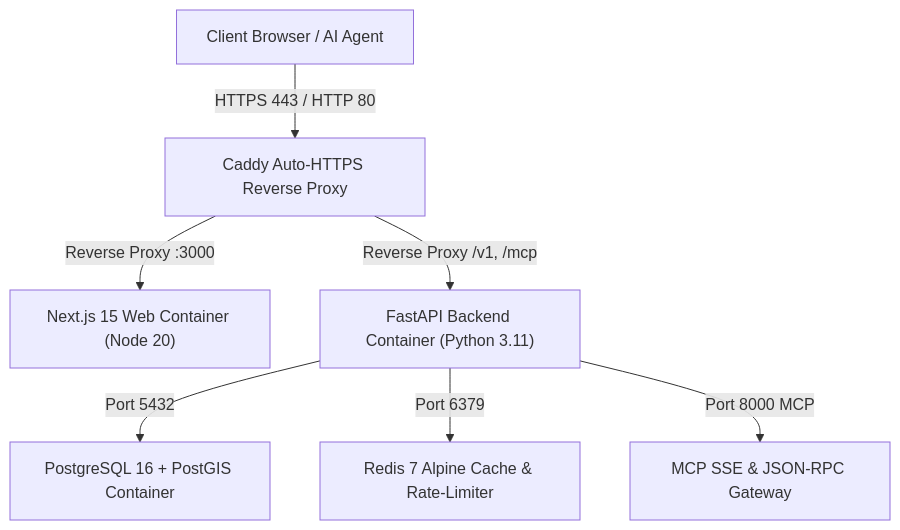
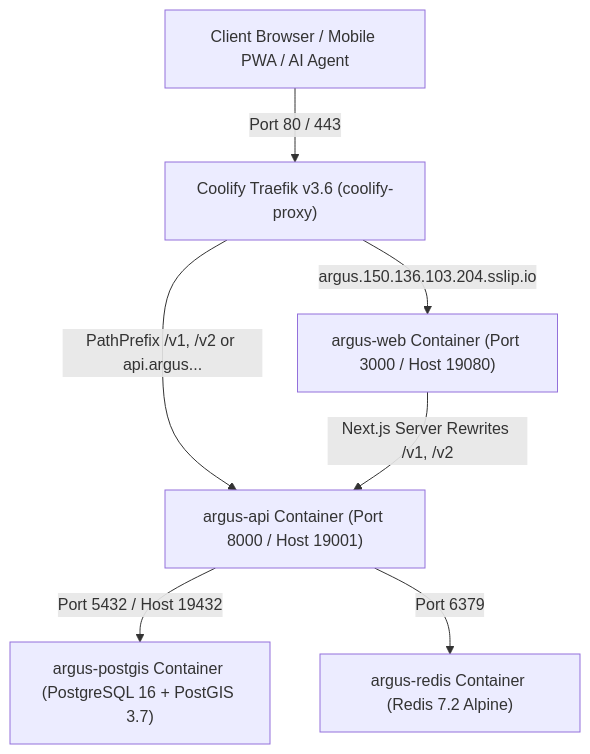
One commit to sajalbhagatprofessional/asup-roanoke-v1 changed the diagram in docs/OPERATIONS_AND_DEPLOYMENT.md. Above: the diagram before and after it, drawn with Mermaid. The commit also changed other lines of this file and 3 other files, not shown here.

Commit message:
docs: update operations, architecture, and README with live Coolify production deployment endpoints

````diff
--- a/docs/OPERATIONS_AND_DEPLOYMENT.md
+++ b/docs/OPERATIONS_AND_DEPLOYMENT.md
@@ -10,9 +17,9 @@
 ```mermaid
 graph TD
-    Client["Client Browser / AI Agent"] -->|HTTPS 443 / HTTP 80| Caddy["Caddy Auto-HTTPS Reverse Proxy"]
-    Caddy -->|Reverse Proxy :3000| Web["Next.js 15 Web Container (Node 20)"]
-    Caddy -->|Reverse Proxy /v1, /mcp| API["FastAPI Backend Container (Python 3.11)"]
-    API -->|Port 5432| DB["PostgreSQL 16 + PostGIS Container"]
-    API -->|Port 6379| Redis["Redis 7 Alpine Cache & Rate-Limiter"]
-    API -->|Port 8000 MCP| MCP["MCP SSE & JSON-RPC Gateway"]
+    Client["Client Browser / Mobile PWA / AI Agent"] -->|Port 80 / 443| Traefik["Coolify Traefik v3.6 (coolify-proxy)"]
+    Traefik -->|argus.150.136.103.204.sslip.io| Web["argus-web Container (Port 3000 / Host 19080)"]
+    Traefik -->|PathPrefix /v1, /v2 or api.argus...| API["argus-api Container (Port 8000 / Host 19001)"]
+    Web -->|Next.js Server Rewrites /v1, /v2| API
+    API -->|Port 5432 / Host 19432| DB["argus-postgis Container (PostgreSQL 16 + PostGIS 3.7)"]
+    API -->|Port 6379| Redis["argus-redis Container (Redis 7.2 Alpine)"]
 ```
````
